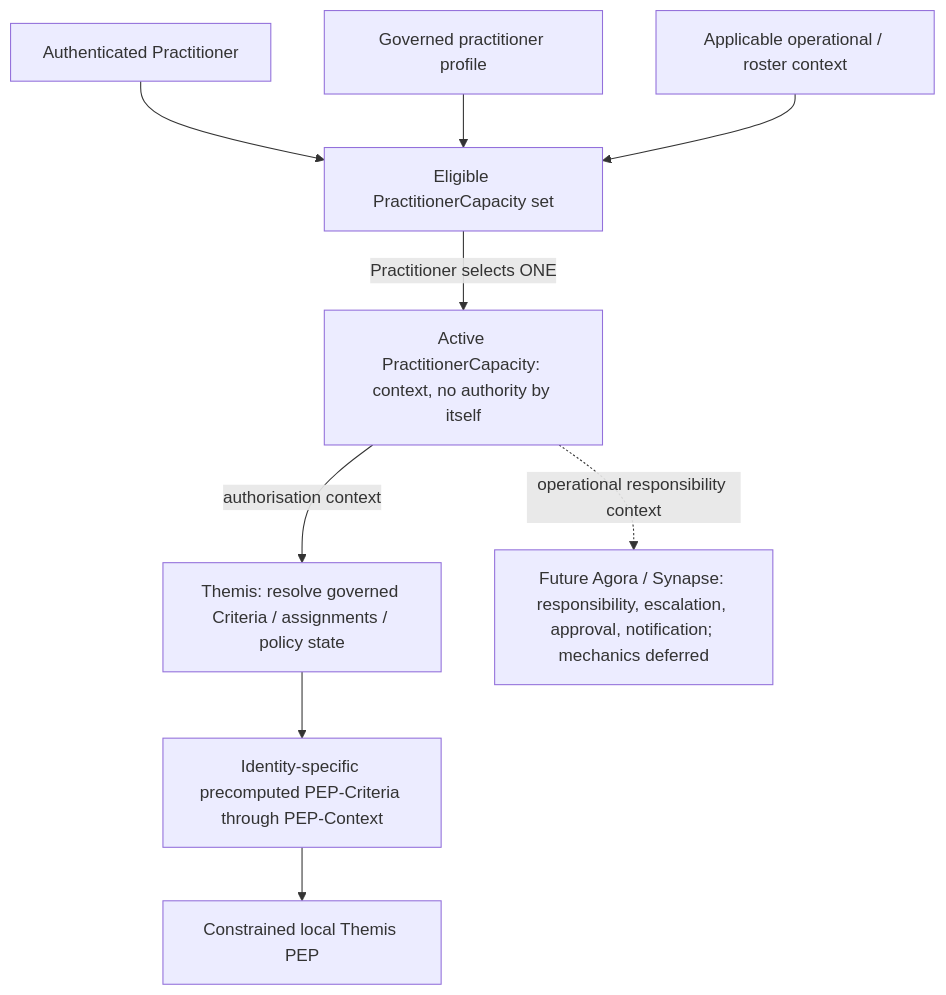
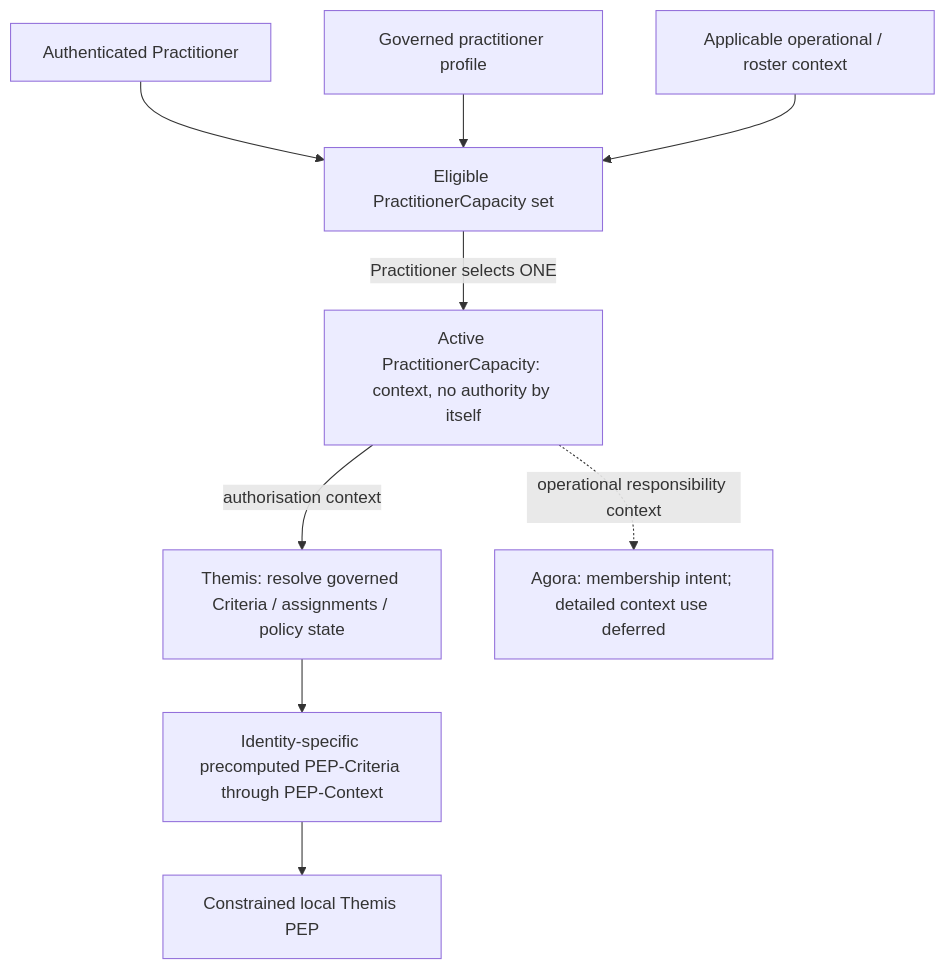
The diagram in docs/markdown/05-information-systems-architecture/component-register.md (fhirfactory/harmonia), drawn with Mermaid before and after one commit. The commit also changed other lines of this file and 28 other files, not shown here.

Commit message:
Harmonia Documentation - Domain 05 - Step 1 Candidate Solution Architecture Capture (X)

````diff
--- a/docs/markdown/05-information-systems-architecture/component-register.md
+++ b/docs/markdown/05-information-systems-architecture/component-register.md
@@ -243,11 +243,11 @@
 ```mermaid
 graph TD
     Auth["Authenticated Practitioner"] --> Eligible["Eligible PractitionerCapacity set"]
     Profile["Governed practitioner profile"] --> Eligible
     Context["Applicable operational / roster context"] --> Eligible
     Eligible -->|"Practitioner selects ONE"| Capacity["Active PractitionerCapacity: context, no authority by itself"]
     Capacity -->|"authorisation context"| PDP["Themis: resolve governed Criteria / assignments / policy state"]
     PDP --> Criteria["Identity-specific precomputed PEP-Criteria through PEP-Context"]
     Criteria --> PEP["Constrained local Themis PEP"]
-    Capacity -.->|"operational responsibility context"| Responsibility["Future Agora / Synapse: responsibility, escalation, approval, notification; mechanics deferred"]
+    Capacity -.->|"operational responsibility context"| Responsibility["Agora: membership intent; detailed context use deferred"]
 ```
````
